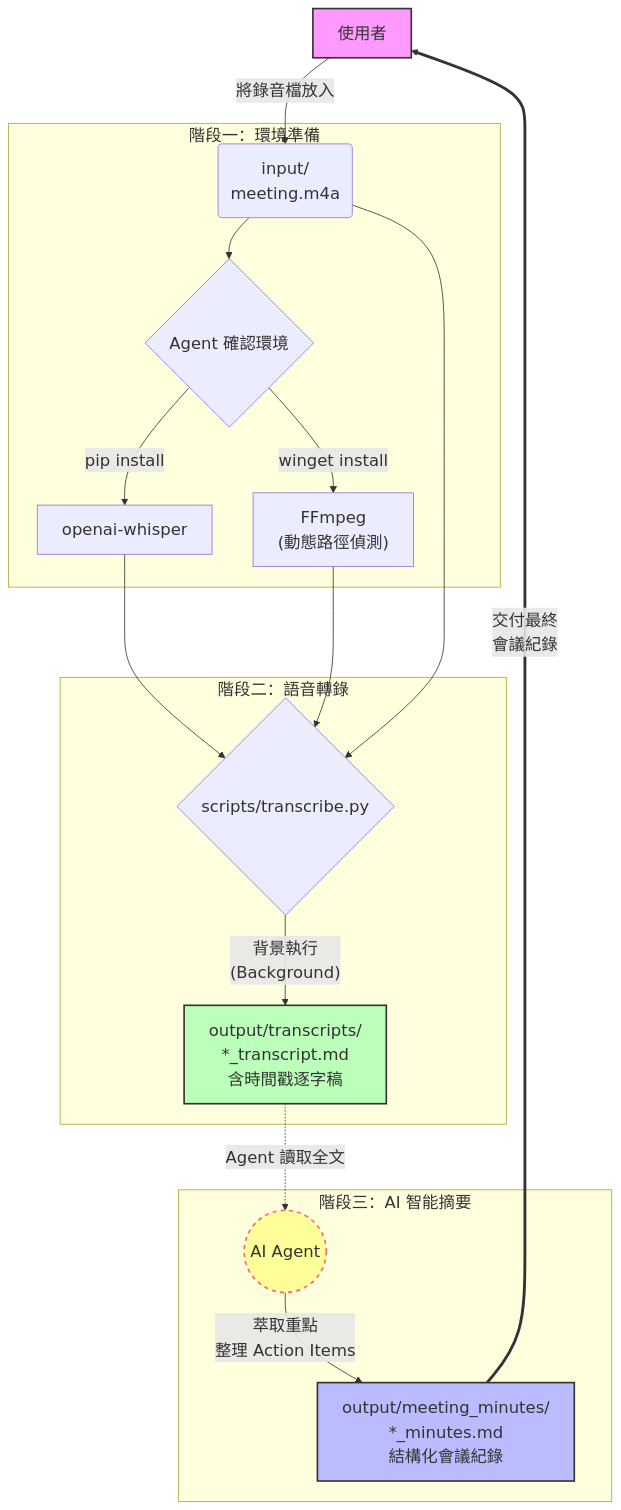
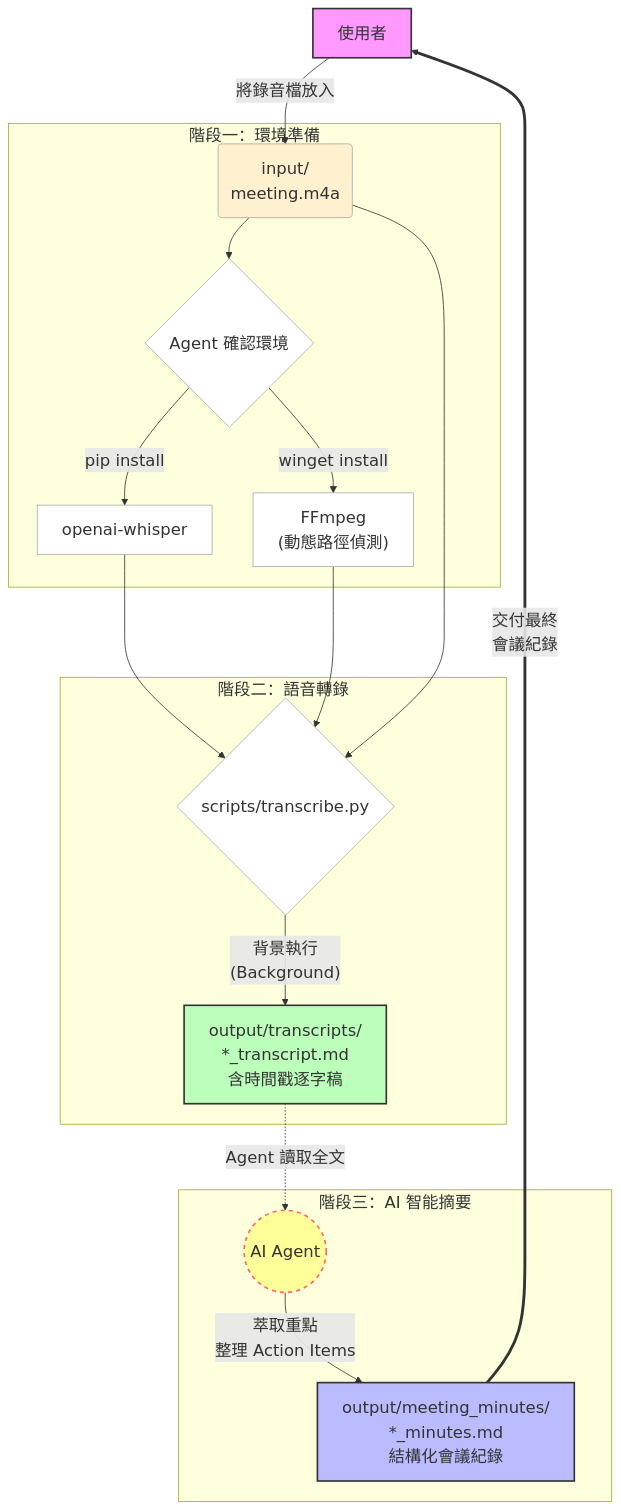
Before and after one commit to burma2005/AudioTranscriptWorkflow: the diagram in README.md, drawn with Mermaid.

Commit message:
fix: mermaid node text color locked to #333 for dark mode compatibility

````diff
--- a/README.md
+++ b/README.md
@@ -57,30 +57,35 @@
 ```mermaid
 %%{init: {'themeVariables': { 'fontSize': '20px'}}}%%
 graph TD
     A["使用者"] -->|"將錄音檔放入"| B("input/\nmeeting.m4a")
 
     subgraph stage1 ["階段一：環境準備"]
         B --> C{"Agent 確認環境"}
         C -->|"pip install"| D["openai-whisper"]
         C -->|"winget install"| E["FFmpeg\n(動態路徑偵測)"]
     end
 
     subgraph stage2 ["階段二：語音轉錄"]
         D --> F{"scripts/transcribe.py"}
         E --> F
         B --> F
         F -->|"背景執行\n(Background)"| G["output/transcripts/\n*_transcript.md\n含時間戳逐字稿"]
     end
 
     subgraph stage3 ["階段三：AI 智能摘要"]
         G -.->|"Agent 讀取全文"| H(("AI Agent"))
         H -->|"萃取重點\n整理 Action Items"| I["output/meeting_minutes/\n*_minutes.md\n結構化會議紀錄"]
     end
 
     I ==>|"交付最終\n會議紀錄"| A
 
-    style A fill:#f9f,stroke:#333,stroke-width:2px
-    style H fill:#ff9,stroke:#f66,stroke-width:2px,stroke-dasharray: 5 5
-    style I fill:#bbf,stroke:#333,stroke-width:2px
-    style G fill:#bfb,stroke:#333,stroke-width:2px
+    style A fill:#f9f,stroke:#333,stroke-width:2px,color:#333
+    style H fill:#ff9,stroke:#f66,stroke-width:2px,stroke-dasharray: 5 5,color:#333
+    style I fill:#bbf,stroke:#333,stroke-width:2px,color:#333
+    style G fill:#bfb,stroke:#333,stroke-width:2px,color:#333
+    style B fill:#fff0d0,stroke:#aaa,stroke-width:1px,color:#333
+    style C fill:#fff,stroke:#aaa,stroke-width:1px,color:#333
+    style D fill:#fff,stroke:#aaa,stroke-width:1px,color:#333
+    style E fill:#fff,stroke:#aaa,stroke-width:1px,color:#333
+    style F fill:#fff,stroke:#aaa,stroke-width:1px,color:#333
 ```
````
